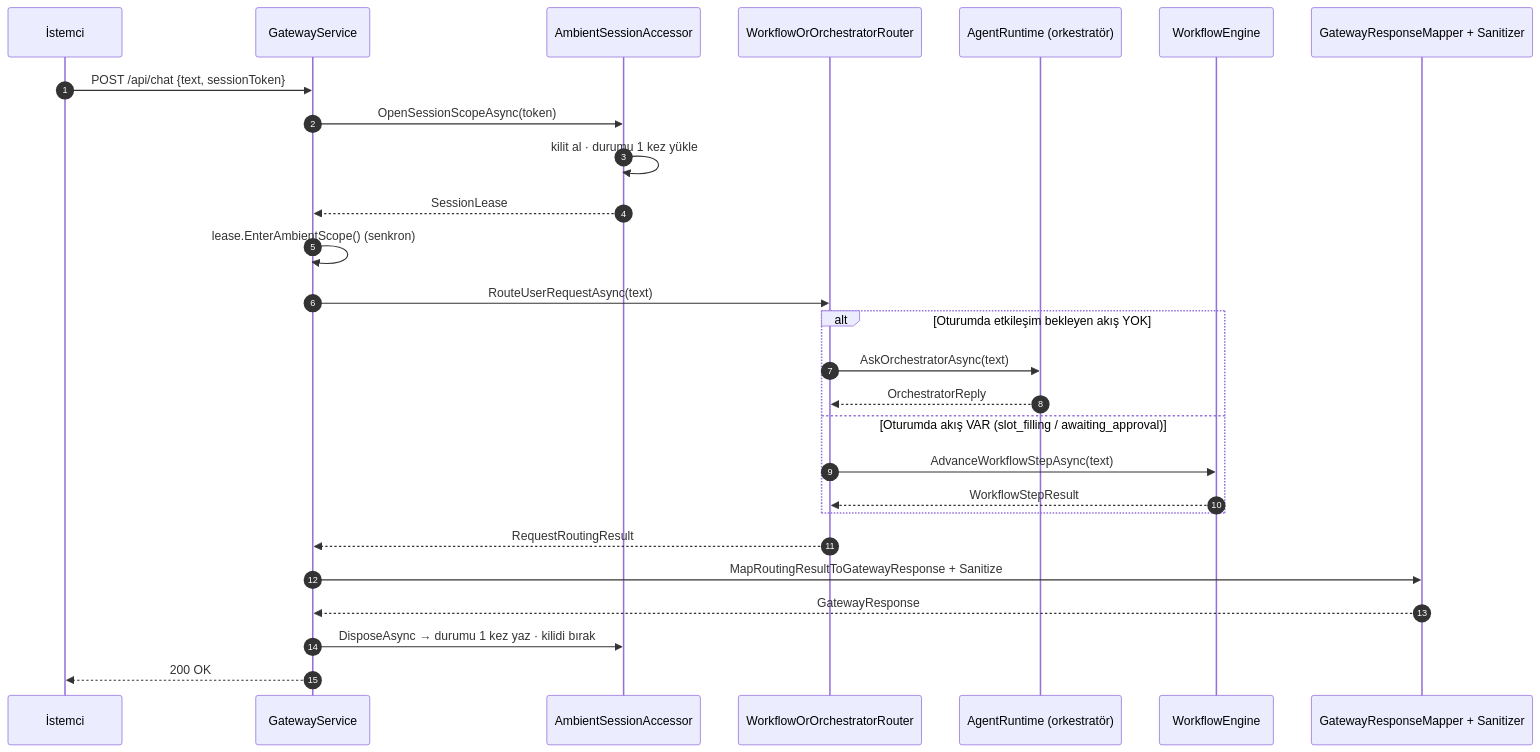
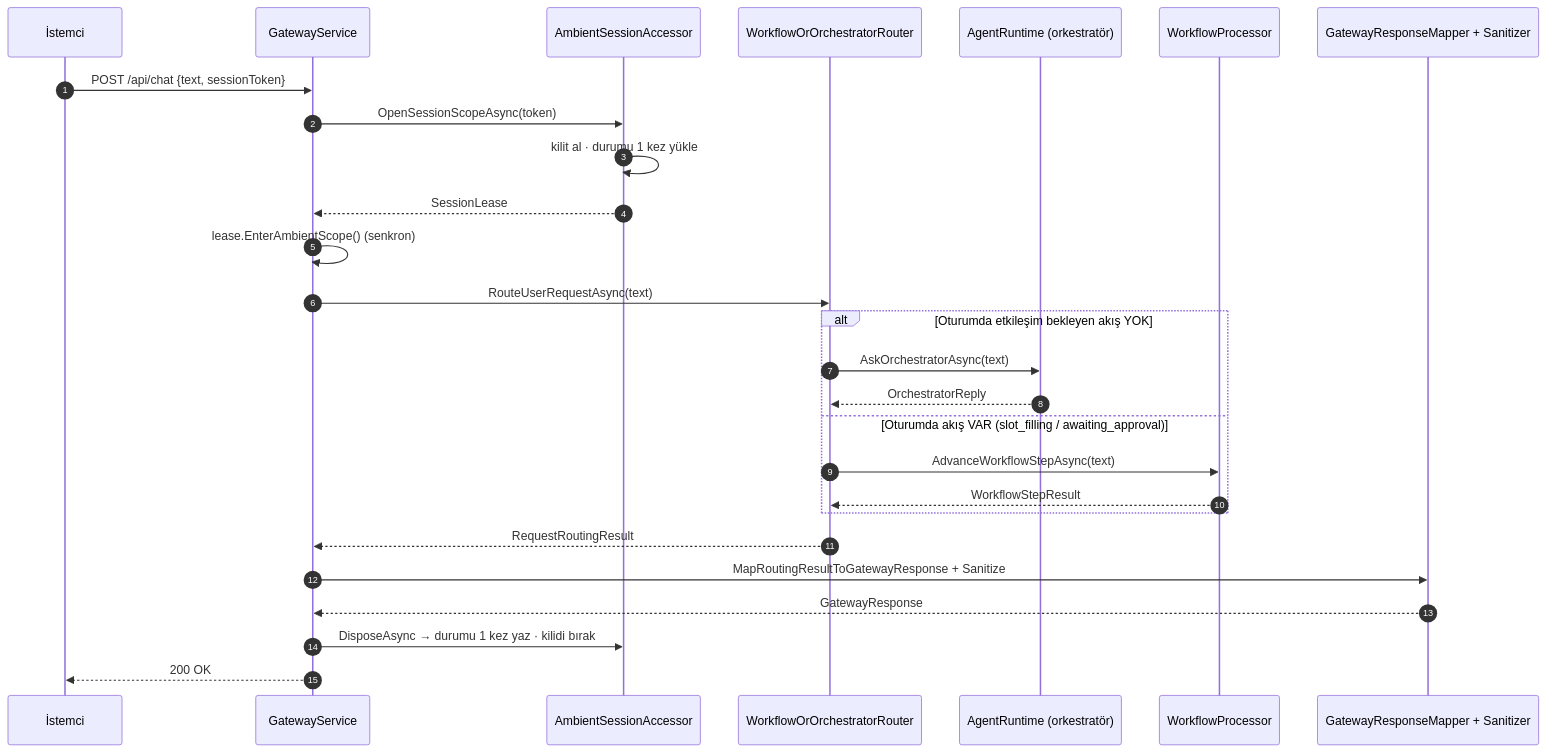
Before and after one commit to Boran-Sert/Bank-_Agentic: the second of 9 diagrams in ANALIZ.md, drawn with Mermaid. The commit also changed other lines of this file, not shown here.

````diff
--- a/ANALIZ.md
+++ b/ANALIZ.md
@@ -77,32 +77,32 @@
 ```mermaid
 sequenceDiagram
     autonumber
     participant U as İstemci
     participant G as GatewayService
     participant A as AmbientSessionAccessor
     participant R as WorkflowOrOrchestratorRouter
     participant O as AgentRuntime (orkestratör)
-    participant E as WorkflowEngine
+    participant E as WorkflowProcessor
     participant M as GatewayResponseMapper + Sanitizer
 
     U->>G: POST /api/chat {text, sessionToken}
     G->>A: OpenSessionScopeAsync(token)
     A->>A: kilit al · durumu 1 kez yükle
     A-->>G: SessionLease
     G->>G: lease.EnterAmbientScope()  (senkron)
     G->>R: RouteUserRequestAsync(text)
 
     alt Oturumda etkileşim bekleyen akış YOK
         R->>O: AskOrchestratorAsync(text)
         O-->>R: OrchestratorReply
     else Oturumda akış VAR (slot_filling / awaiting_approval)
         R->>E: AdvanceWorkflowStepAsync(text)
         E-->>R: WorkflowStepResult
     end
 
     R-->>G: RequestRoutingResult
     G->>M: MapRoutingResultToGatewayResponse + Sanitize
     M-->>G: GatewayResponse
     G->>A: DisposeAsync → durumu 1 kez yaz · kilidi bırak
     G-->>U: 200 OK
 ```
````
